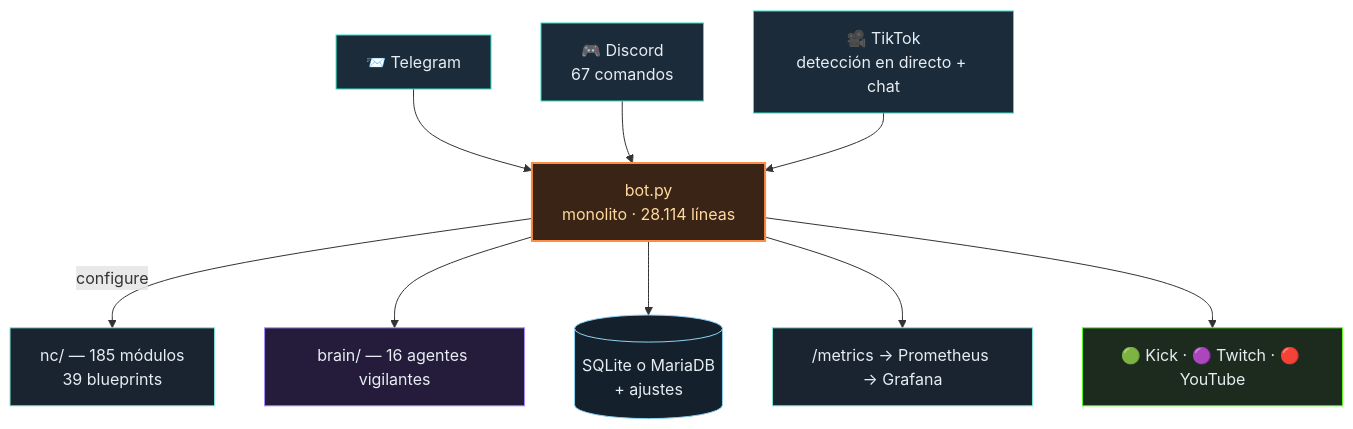
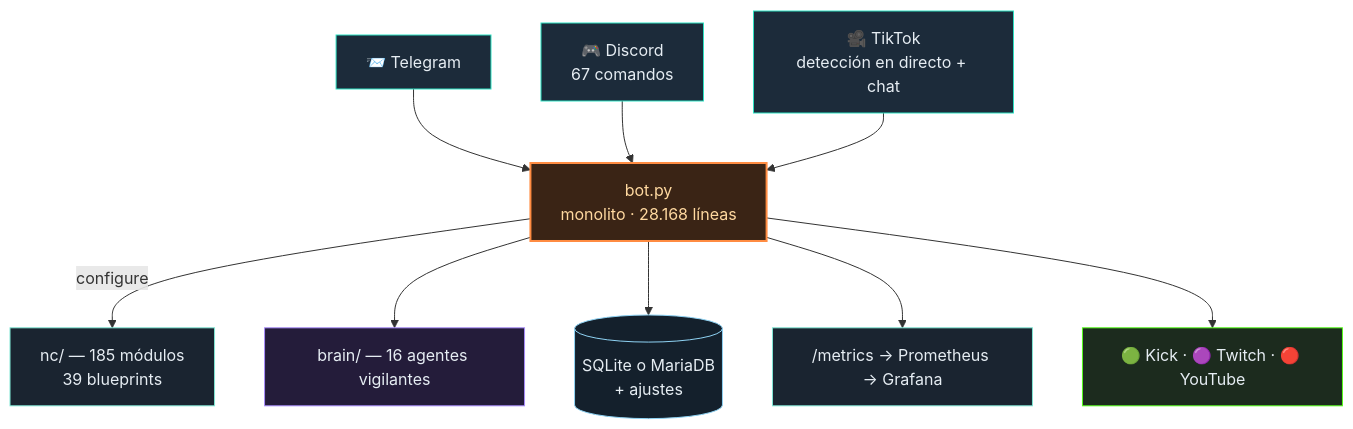
The diagram in README.es.md (itsamemedev/Telegram-Stream-Info-Bot), drawn with Mermaid before and after one commit. The commit also changed other lines of this file and 18 other files, not shown here.

````diff
--- a/README.es.md
+++ b/README.es.md
@@ -64,18 +64,18 @@
 ```mermaid
 flowchart TB
     TG["📨 Telegram"]:::ein --> BOT
     DC["🎮 Discord<br/>67 comandos"]:::ein --> BOT
     TT["🎥 TikTok<br/>detección en directo + chat"]:::ein --> BOT
-    BOT["bot.py<br/>monolito · 28.114 líneas"]:::core
+    BOT["bot.py<br/>monolito · 28.168 líneas"]:::core
     BOT -->|configure| NC["nc/ — 185 módulos<br/>39 blueprints"]:::lib
     BOT --> BRAIN["brain/ — 16 agentes vigilantes"]:::brain
     BOT --> DB[("SQLite o MariaDB<br/>+ ajustes")]:::db
     BOT --> PROM["/metrics → Prometheus → Grafana"]:::lib
     BOT --> OUT["🟢 Kick · 🟣 Twitch · 🔴 YouTube"]:::out
     classDef ein fill:#1c2b3a,stroke:#2de1c2,color:#e6edf3
     classDef core fill:#3a2415,stroke:#ff8c42,stroke-width:2px,color:#ffd9a0
     classDef lib fill:#1a2430,stroke:#7fe7d4,color:#e6edf3
     classDef brain fill:#241c3a,stroke:#a78bfa,color:#e6edf3
     classDef db fill:#14202c,stroke:#8fd3f4,color:#e6edf3
     classDef out fill:#1c2b1e,stroke:#53fc18,color:#e6edf3
 ```
````
